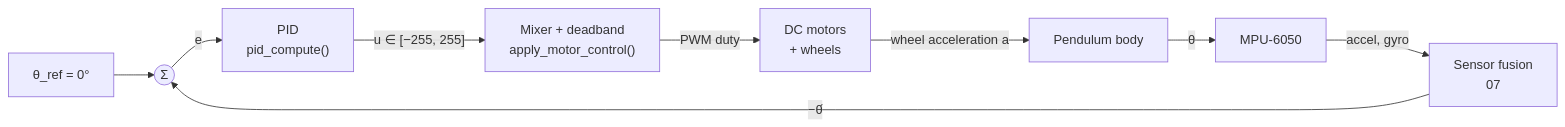
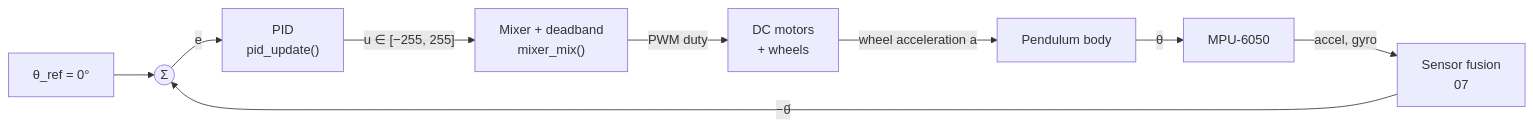
Before and after one commit to machadothi/balancing_robot: the first of 2 diagrams in docs/06-control-theory.md, drawn with Mermaid. The commit also changed other lines of this file and 10 other files, not shown here.

First line of the commit message:
docs: update for decoupled architecture, add link checker

````diff
--- a/docs/06-control-theory.md
+++ b/docs/06-control-theory.md
@@ -21,11 +21,11 @@
 ```mermaid
 flowchart LR
     REF["θ_ref = 0°"] --> SUM(("Σ"))
-    SUM -->|"e"| PID["PID<br/>pid_compute()"]
-    PID -->|"u ∈ [−255, 255]"| MIX["Mixer + deadband<br/>apply_motor_control()"]
+    SUM -->|"e"| PID["PID<br/>pid_update()"]
+    PID -->|"u ∈ [−255, 255]"| MIX["Mixer + deadband<br/>mixer_mix()"]
     MIX -->|"PWM duty"| MOT["DC motors<br/>+ wheels"]
     MOT -->|"wheel acceleration a"| BODY["Pendulum body"]
     BODY -->|"θ"| IMU["MPU-6050"]
     IMU -->|"accel, gyro"| FUS["Sensor fusion<br/>07"]
     FUS -->|"−θ̂"| SUM
 ```
````
